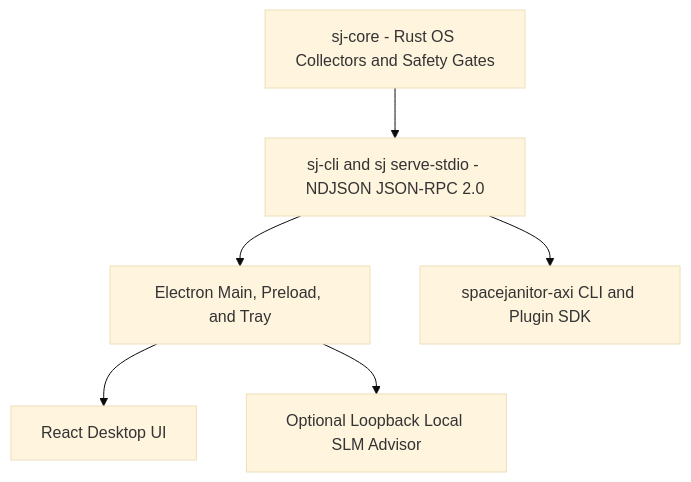
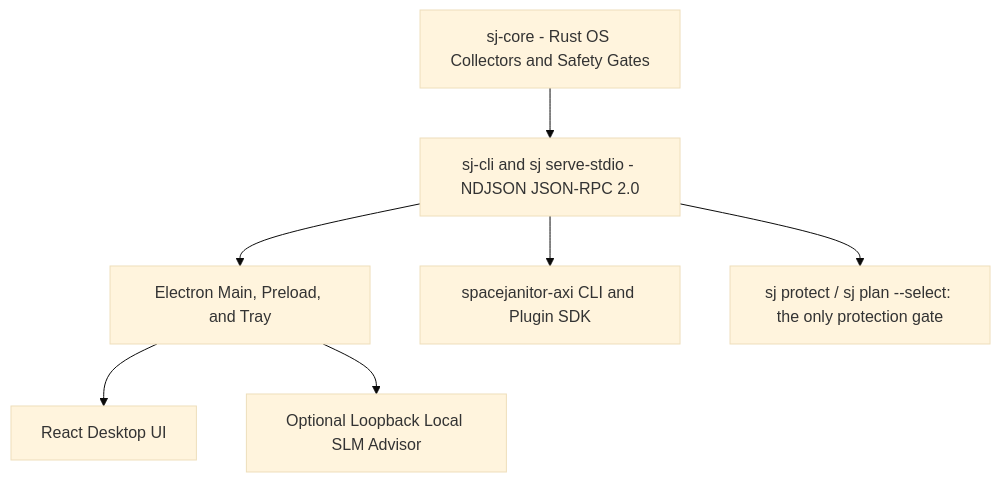
One commit to adibirzu/spacejanitor changed the second of 2 diagrams in README.md. Above: the diagram before and after it, drawn with Mermaid (base theme). The commit also changed other lines of this file and 15 other files, not shown here.

Commit message:
docs: finalize public docs, PRDs and ADRs against main (Rust-only gate, opt-in orphans, status tables)

````diff
--- a/README.md
+++ b/README.md
@@ -88,8 +89,9 @@
 ```mermaid
 flowchart TB
   Core["sj-core - Rust OS Collectors and Safety Gates"] --> Cli["sj-cli and sj serve-stdio - NDJSON JSON-RPC 2.0"]
   Cli --> Electron["Electron Main, Preload, and Tray"]
   Electron --> UI["React Desktop UI"]
   Electron --> SLM["Optional Loopback Local SLM Advisor"]
   Cli --> AXI["spacejanitor-axi CLI and Plugin SDK"]
+  Cli --> Gate["sj protect / sj plan --select: the only protection gate"]
 ```
````
